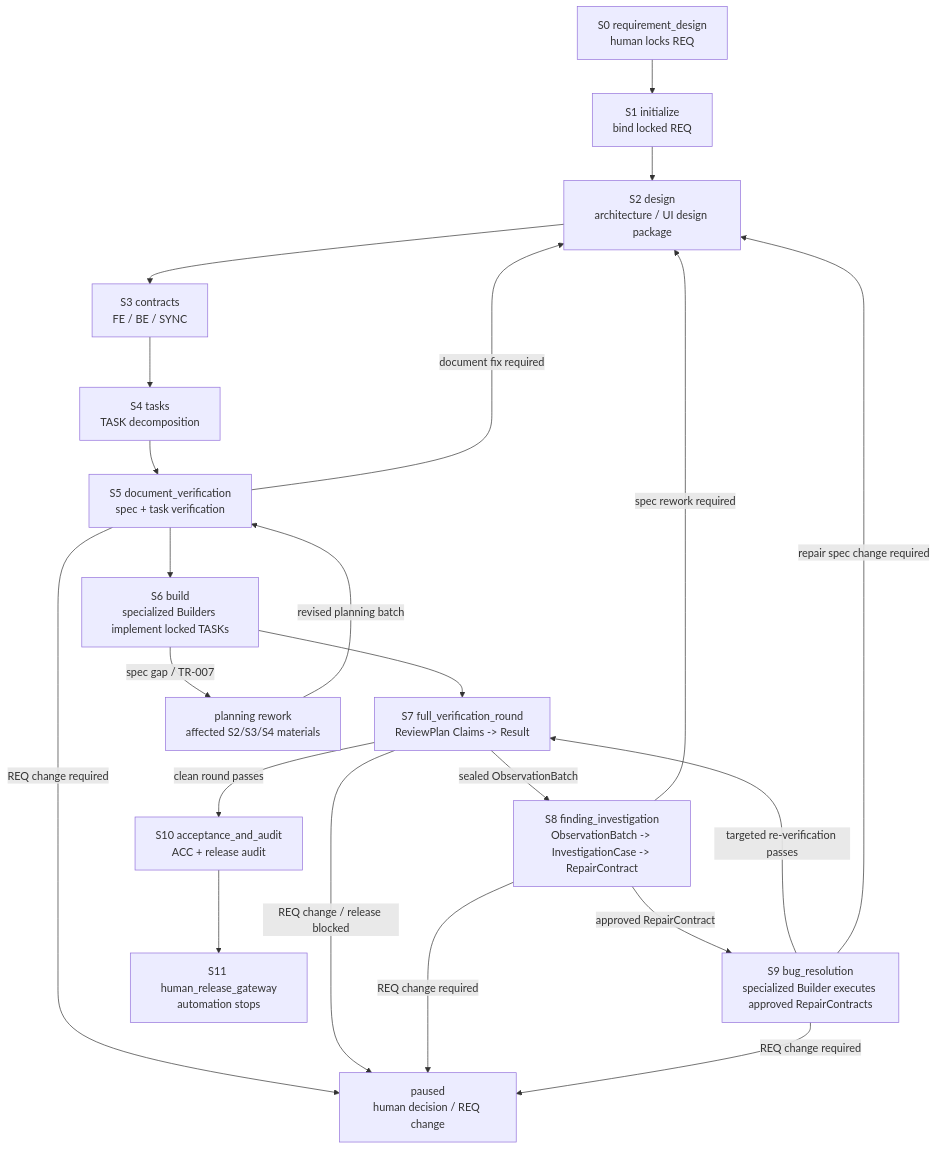
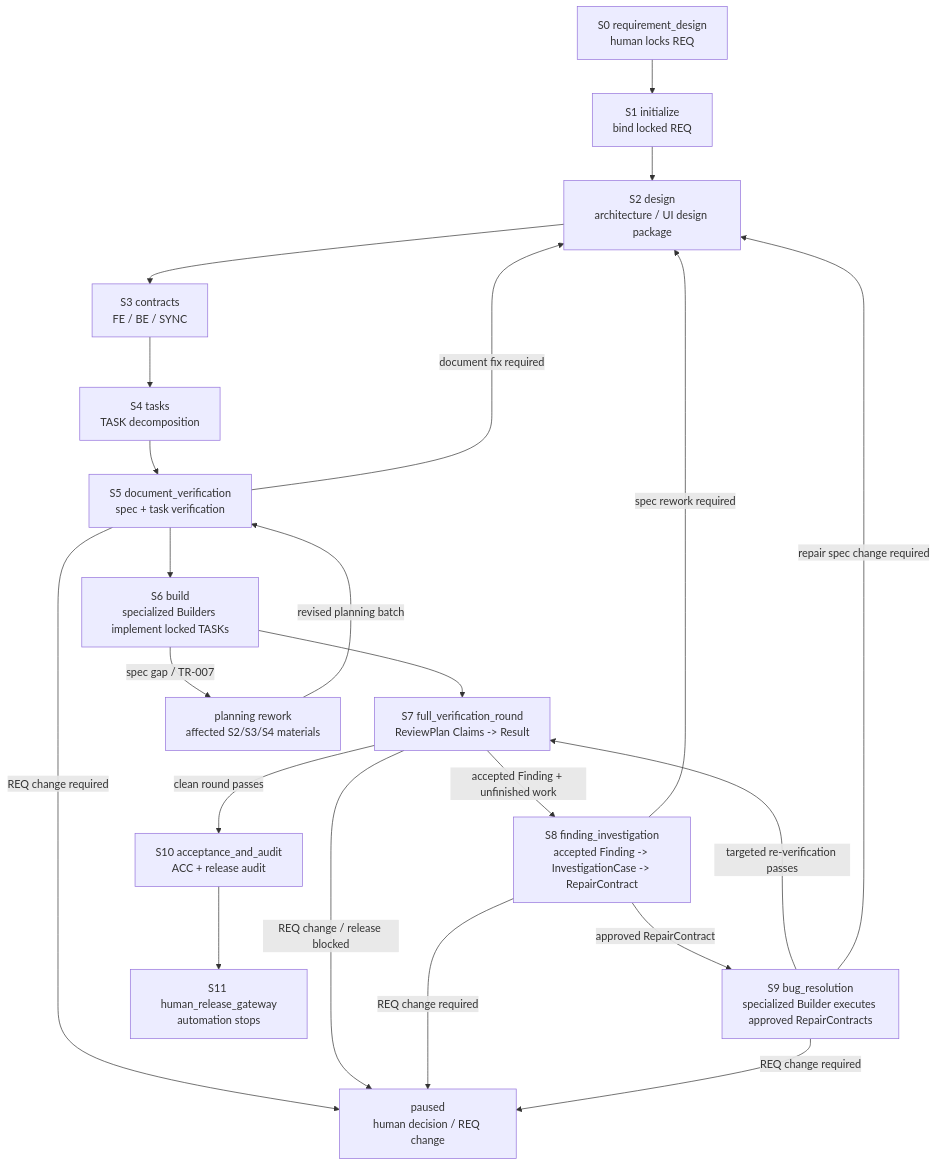
One commit to entroforge/go-system-builder changed the first of 2 diagrams in docs/control/agent-protocol.md. Above: the diagram before and after it, drawn with Mermaid. The commit also changed other lines of this file and 1694 other files, not shown here.

````diff
--- a/docs/control/agent-protocol.md
+++ b/docs/control/agent-protocol.md
@@ -160,31 +160,31 @@
 ```mermaid
 flowchart TD
     S0["S0 requirement_design<br/>human locks REQ"]
     S1["S1 initialize<br/>bind locked REQ"]
     S2["S2 design<br/>architecture / UI design package"]
     S3["S3 contracts<br/>FE / BE / SYNC"]
     S4["S4 tasks<br/>TASK decomposition"]
     S5["S5 document_verification<br/>spec + task verification"]
     S6["S6 build<br/>specialized Builders implement locked TASKs"]
     S7["S7 full_verification_round<br/>ReviewPlan Claims -> Result"]
-    S8["S8 finding_investigation<br/>ObservationBatch -> InvestigationCase -> RepairContract"]
+    S8["S8 finding_investigation<br/>accepted Finding -> InvestigationCase -> RepairContract"]
     S9["S9 bug_resolution<br/>specialized Builder executes approved RepairContracts"]
     S10["S10 acceptance_and_audit<br/>ACC + release audit"]
     S11["S11 human_release_gateway<br/>automation stops"]
     PAUSE["paused<br/>human decision / REQ change"]
 
     S0 --> S1 --> S2 --> S3 --> S4 --> S5 --> S6 --> S7
     S7 -->|"clean round passes"| S10 --> S11
-    S7 -->|"sealed ObservationBatch"| S8 -->|"approved RepairContract"| S9 -->|"targeted re-verification passes"| S7
+    S7 -->|"accepted Finding + unfinished work"| S8 -->|"approved RepairContract"| S9 -->|"targeted re-verification passes"| S7
 
     S5 -->|"document fix required"| S2
     S6 -->|"spec gap / TR-007"| BUILD_REPLAN["planning rework<br/>affected S2/S3/S4 materials"]
     BUILD_REPLAN -->|"revised planning batch"| S5
     S8 -->|"spec rework required"| S2
     S9 -->|"repair spec change required"| S2
 
     S5 -->|"REQ change required"| PAUSE
     S7 -->|"REQ change / release blocked"| PAUSE
     S8 -->|"REQ change required"| PAUSE
     S9 -->|"REQ change required"| PAUSE
 ```
````
